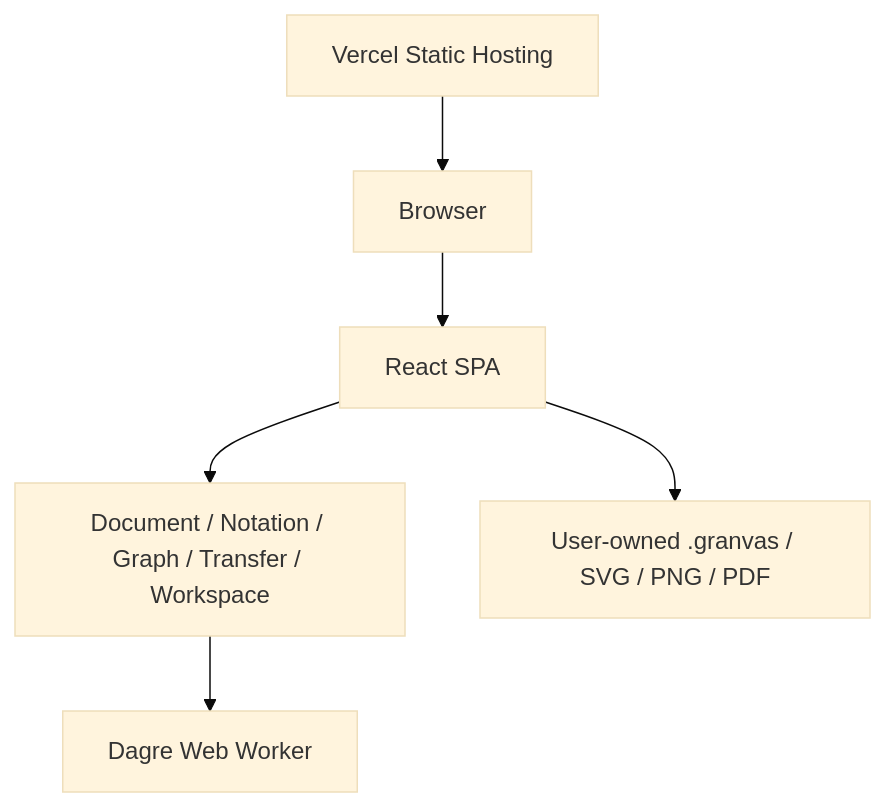
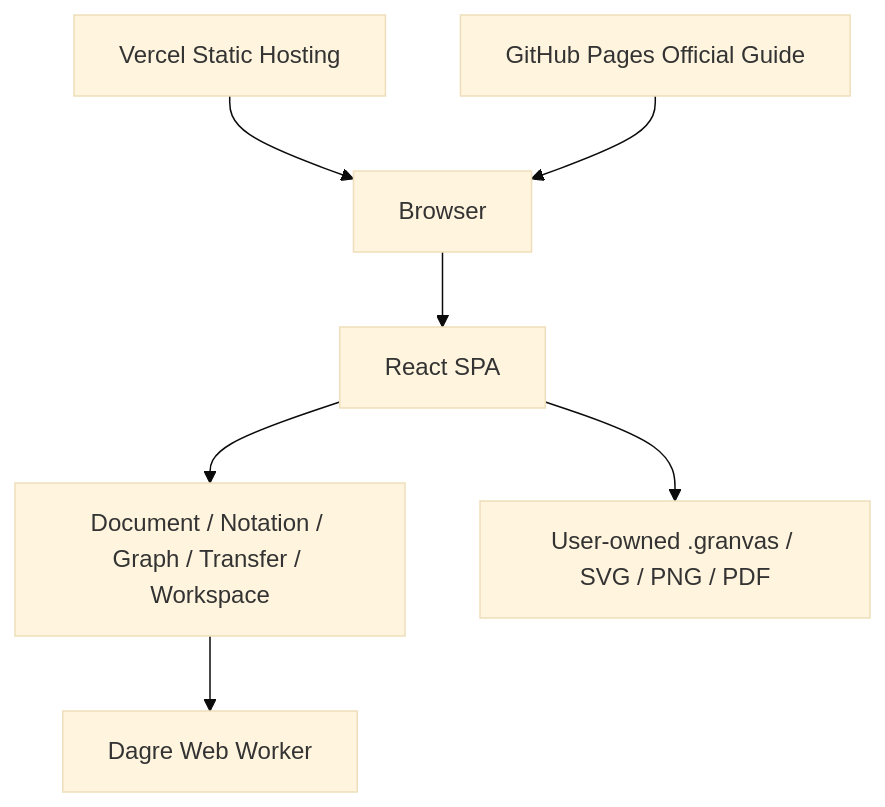
One commit to dayaa-arch/granvas changed the diagram in docs/architecture.md. Above: the diagram before and after it, drawn with Mermaid (base theme). The commit also changed other lines of this file and 40 other files, not shown here.

````diff
--- a/docs/architecture.md
+++ b/docs/architecture.md
@@ -12,8 +14,9 @@
 ```mermaid
 flowchart TD
     Browser["Browser"] --> App["React SPA"]
     App --> Modules["Document / Notation / Graph / Transfer / Workspace"]
     Modules --> Worker["Dagre Web Worker"]
     App --> Files["User-owned .granvas / SVG / PNG / PDF"]
     Vercel["Vercel Static Hosting"] --> Browser
+    Pages["GitHub Pages Official Guide"] --> Browser
 ```
````
